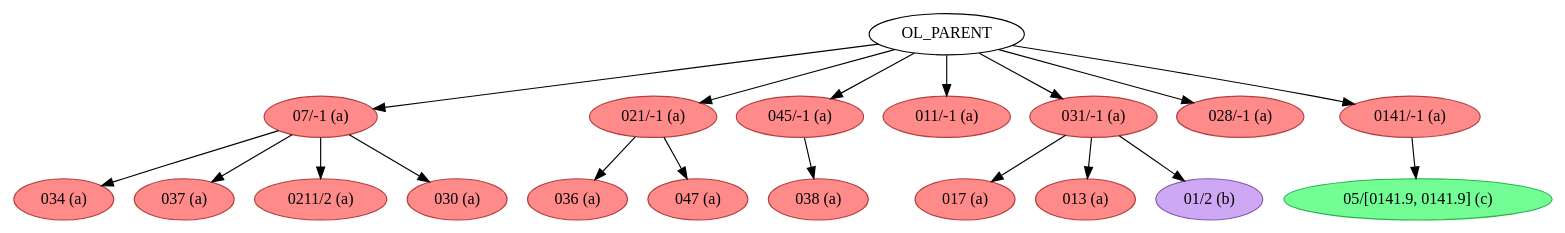
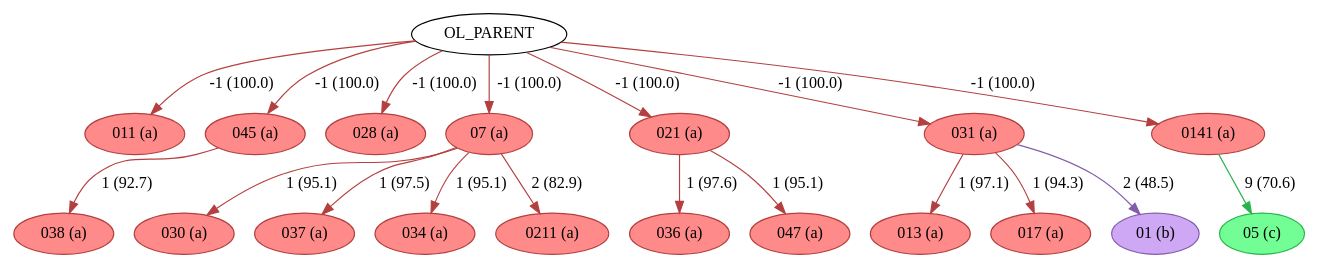
One commit to edmondac/CBGM changed the diagram in example/c499/textual_flow_22_52_c499.dot. Above: the diagram before and after it, drawn with Graphviz. The commit also changed 163 other files, not shown here.

Commit message:
Updated diagrams with new code

```diff
--- a/example/c499/textual_flow_22_52_c499.dot
+++ b/example/c499/textual_flow_22_52_c499.dot
@@ -1,39 +1,39 @@
 strict digraph G {
-"07/-1 (a)" [fillcolor="#FF8A8A", color="#b43f3f", style=filled];
+"013 (a)" [fillcolor="#FF8A8A", color="#b43f3f", style=filled];
+"011 (a)" [fillcolor="#FF8A8A", color="#b43f3f", style=filled];
+"017 (a)" [fillcolor="#FF8A8A", color="#b43f3f", style=filled];
+"045 (a)" [fillcolor="#FF8A8A", color="#b43f3f", style=filled];
+"01 (b)" [fillcolor="#CEA8F4", color="#835da9", style=filled];
+"05 (c)" [fillcolor="#72FE95", color="#27b34a", style=filled];
+"030 (a)" [fillcolor="#FF8A8A", color="#b43f3f", style=filled];
+"028 (a)" [fillcolor="#FF8A8A", color="#b43f3f", style=filled];
+"037 (a)" [fillcolor="#FF8A8A", color="#b43f3f", style=filled];
+"036 (a)" [fillcolor="#FF8A8A", color="#b43f3f", style=filled];
+"07 (a)" [fillcolor="#FF8A8A", color="#b43f3f", style=filled];
 "038 (a)" [fillcolor="#FF8A8A", color="#b43f3f", style=filled];
-"021/-1 (a)" [fillcolor="#FF8A8A", color="#b43f3f", style=filled];
-"045/-1 (a)" [fillcolor="#FF8A8A", color="#b43f3f", style=filled];
+"021 (a)" [fillcolor="#FF8A8A", color="#b43f3f", style=filled];
+OL_PARENT;
 "034 (a)" [fillcolor="#FF8A8A", color="#b43f3f", style=filled];
-"05/[0141.9, 0141.9] (c)" [fillcolor="#72FE95", color="#27b34a", style=filled];
-"036 (a)" [fillcolor="#FF8A8A", color="#b43f3f", style=filled];
-"017 (a)" [fillcolor="#FF8A8A", color="#b43f3f", style=filled];
-"011/-1 (a)" [fillcolor="#FF8A8A", color="#b43f3f", style=filled];
-OL_PARENT;
 "047 (a)" [fillcolor="#FF8A8A", color="#b43f3f", style=filled];
-"037 (a)" [fillcolor="#FF8A8A", color="#b43f3f", style=filled];
-"031/-1 (a)" [fillcolor="#FF8A8A", color="#b43f3f", style=filled];
-"0211/2 (a)" [fillcolor="#FF8A8A", color="#b43f3f", style=filled];
-"028/-1 (a)" [fillcolor="#FF8A8A", color="#b43f3f", style=filled];
-"0141/-1 (a)" [fillcolor="#FF8A8A", color="#b43f3f", style=filled];
-"013 (a)" [fillcolor="#FF8A8A", color="#b43f3f", style=filled];
-"01/2 (b)" [fillcolor="#CEA8F4", color="#835da9", style=filled];
-"030 (a)" [fillcolor="#FF8A8A", color="#b43f3f", style=filled];
-"07/-1 (a)" -> "0211/2 (a)";
-"07/-1 (a)" -> "037 (a)";
-"07/-1 (a)" -> "030 (a)";
-"07/-1 (a)" -> "034 (a)";
-"021/-1 (a)" -> "036 (a)";
-"021/-1 (a)" -> "047 (a)";
-"045/-1 (a)" -> "038 (a)";
-OL_PARENT -> "07/-1 (a)";
-OL_PARENT -> "011/-1 (a)";
-OL_PARENT -> "031/-1 (a)";
-OL_PARENT -> "021/-1 (a)";
-OL_PARENT -> "045/-1 (a)";
-OL_PARENT -> "028/-1 (a)";
-OL_PARENT -> "0141/-1 (a)";
-"031/-1 (a)" -> "013 (a)";
-"031/-1 (a)" -> "017 (a)";
-"031/-1 (a)" -> "01/2 (b)";
-"0141/-1 (a)" -> "05/[0141.9, 0141.9] (c)";
+"031 (a)" [fillcolor="#FF8A8A", color="#b43f3f", style=filled];
+"0141 (a)" [fillcolor="#FF8A8A", color="#b43f3f", style=filled];
+"0211 (a)" [fillcolor="#FF8A8A", color="#b43f3f", style=filled];
+"045 (a)" -> "038 (a)"  [color="#b43f3f", label="1 (92.7)"];
+"07 (a)" -> "034 (a)"  [color="#b43f3f", label="1 (95.1)"];
+"07 (a)" -> "030 (a)"  [color="#b43f3f", label="1 (95.1)"];
+"07 (a)" -> "0211 (a)"  [color="#b43f3f", label="2 (82.9)"];
+"07 (a)" -> "037 (a)"  [color="#b43f3f", label="1 (97.5)"];
+"021 (a)" -> "036 (a)"  [color="#b43f3f", label="1 (97.6)"];
+"021 (a)" -> "047 (a)"  [color="#b43f3f", label="1 (95.1)"];
+OL_PARENT -> "07 (a)"  [color="#b43f3f", label="-1 (100.0)"];
+OL_PARENT -> "028 (a)"  [color="#b43f3f", label="-1 (100.0)"];
+OL_PARENT -> "011 (a)"  [color="#b43f3f", label="-1 (100.0)"];
+OL_PARENT -> "045 (a)"  [color="#b43f3f", label="-1 (100.0)"];
+OL_PARENT -> "021 (a)"  [color="#b43f3f", label="-1 (100.0)"];
+OL_PARENT -> "0141 (a)"  [color="#b43f3f", label="-1 (100.0)"];
+OL_PARENT -> "031 (a)"  [color="#b43f3f", label="-1 (100.0)"];
+"031 (a)" -> "01 (b)"  [color="#835da9", label="2 (48.5)"];
+"031 (a)" -> "017 (a)"  [color="#b43f3f", label="1 (94.3)"];
+"031 (a)" -> "013 (a)"  [color="#b43f3f", label="1 (97.1)"];
+"0141 (a)" -> "05 (c)"  [color="#27b34a", label="9 (70.6)"];
 }
```
